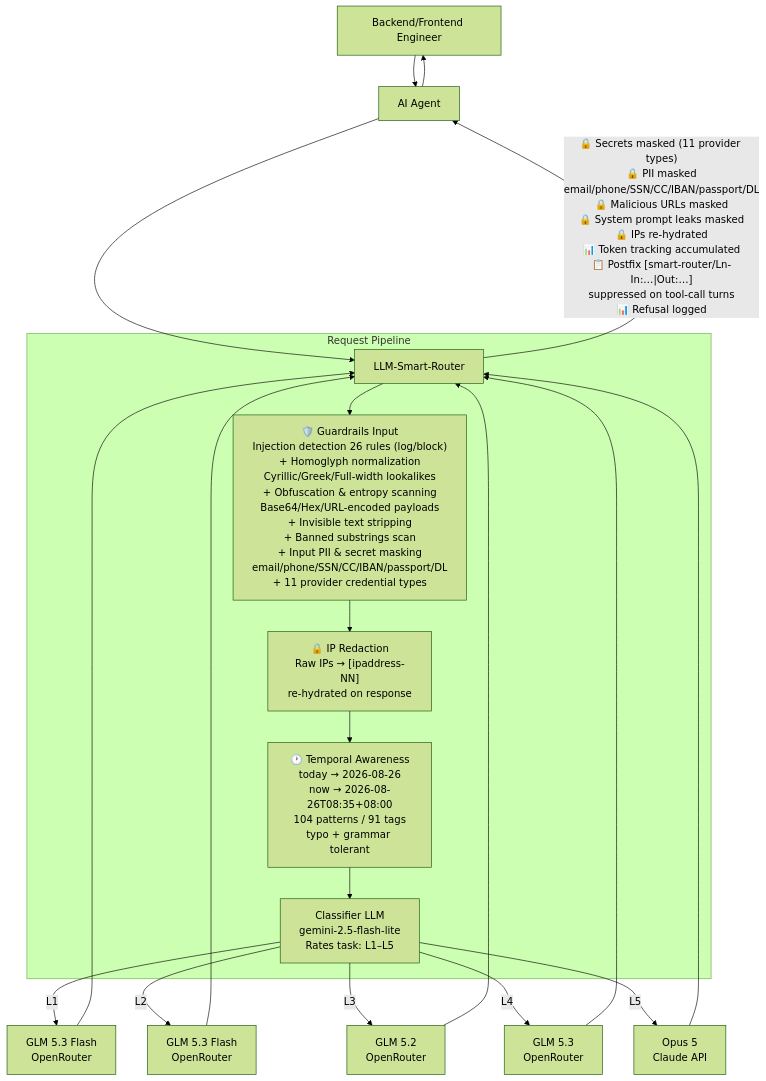
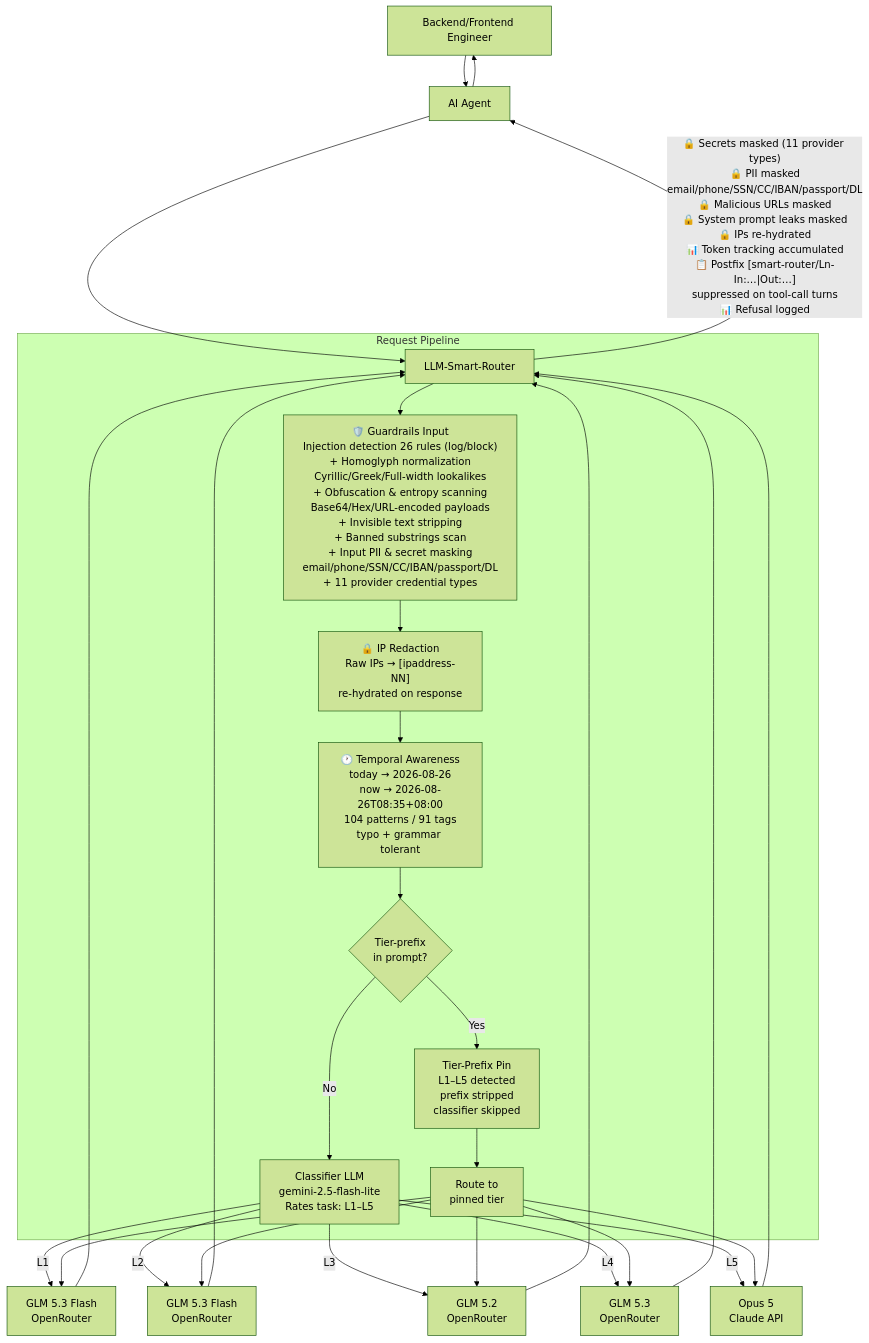
One commit to Green-Needle-Tech/llm-smart-router changed the diagram in README.md. Above: the diagram before and after it, drawn with Mermaid (forest theme). The commit also changed other lines of this file and 7 other files, not shown here.

First line of the commit message:
feat: tier-prefix session pinning (v2.16.0) (#3)

````diff
--- a/README.md
+++ b/README.md
@@ -140,27 +144,35 @@
 ```mermaid
 flowchart TD
     A[Backend/Frontend Engineer] --> B[AI Agent]
     B --> C[LLM-Smart-Router]
 
     subgraph Router [Request Pipeline]
         C --> P1["🛡️ Guardrails Input<br/>Injection detection 26 rules (log/block)<br/>+ Homoglyph normalization<br/>Cyrillic/Greek/Full-width lookalikes<br/>+ Obfuscation & entropy scanning<br/>Base64/Hex/URL-encoded payloads<br/>+ Invisible text stripping<br/>+ Banned substrings scan<br/>+ Input PII & secret masking<br/>email/phone/SSN/CC/IBAN/passport/DL<br/>+ 11 provider credential types"]
         P1 --> P2["🔒 IP Redaction<br/>Raw IPs → [ipaddress-NN]<br/>re-hydrated on response"]
         P2 --> P2T["🕐 Temporal Awareness<br/>today → 2026-08-26<br/>now → 2026-08-26T08:35+08:00<br/>104 patterns / 91 tags<br/>typo + grammar tolerant"]
-        P2T --> D["Classifier LLM<br/>gemini-2.5-flash-lite<br/>Rates task: L1–L5"]
+        P2T --> TP{"Tier-prefix<br/>in prompt?"}
+        TP -->|Yes| TP2["Tier-Prefix Pin<br/>L1–L5 detected<br/>prefix stripped<br/>classifier skipped"]
+        TP -->|No| D["Classifier LLM<br/>gemini-2.5-flash-lite<br/>Rates task: L1–L5"]
+        TP2 --> D2["Route to<br/>pinned tier"]
     end
 
     D -->|L1| E[GLM 5.3 Flash<br/>OpenRouter]
     D -->|L2| F[GLM 5.3 Flash<br/>OpenRouter]
     D -->|L3| F2[GLM 5.2<br/>OpenRouter]
     D -->|L4| F3[GLM 5.3<br/>OpenRouter]
     D -->|L5| H[Opus 5<br/>Claude API]
+    D2 --> E
+    D2 --> F
+    D2 --> F2
+    D2 --> F3
+    D2 --> H
 
     E --> C
     F --> C
     F2 --> C
     F3 --> C
     H --> C
 
     C -->|"🔒 Secrets masked (11 provider types)<br/>🔒 PII masked<br/>email/phone/SSN/CC/IBAN/passport/DL<br/>🔒 Malicious URLs masked<br/>🔒 System prompt leaks masked<br/>🔒 IPs re-hydrated<br/>📊 Token tracking accumulated<br/>📋 Postfix [smart-router/Ln-In:…|Out:…]<br/>suppressed on tool-call turns<br/>📊 Refusal logged"| B
     B --> A
 ```
````
